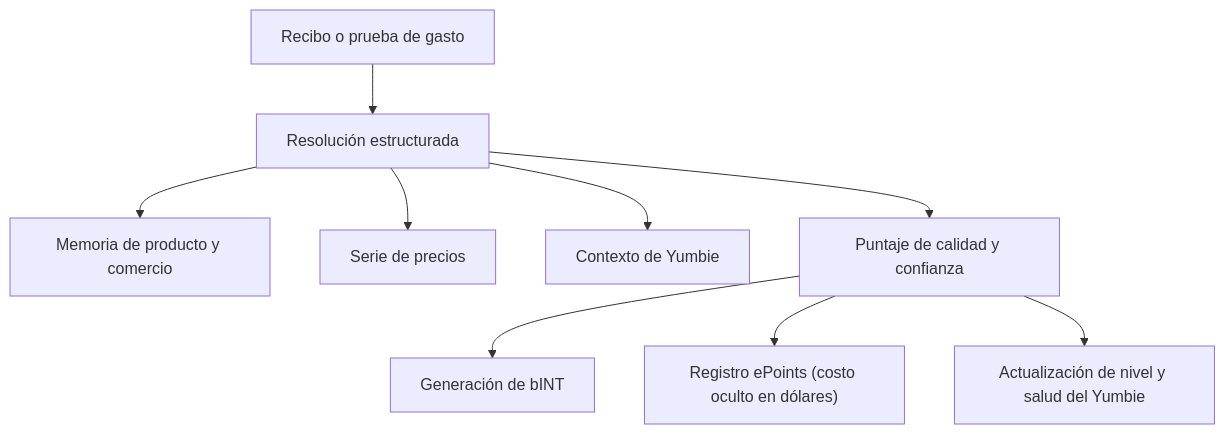
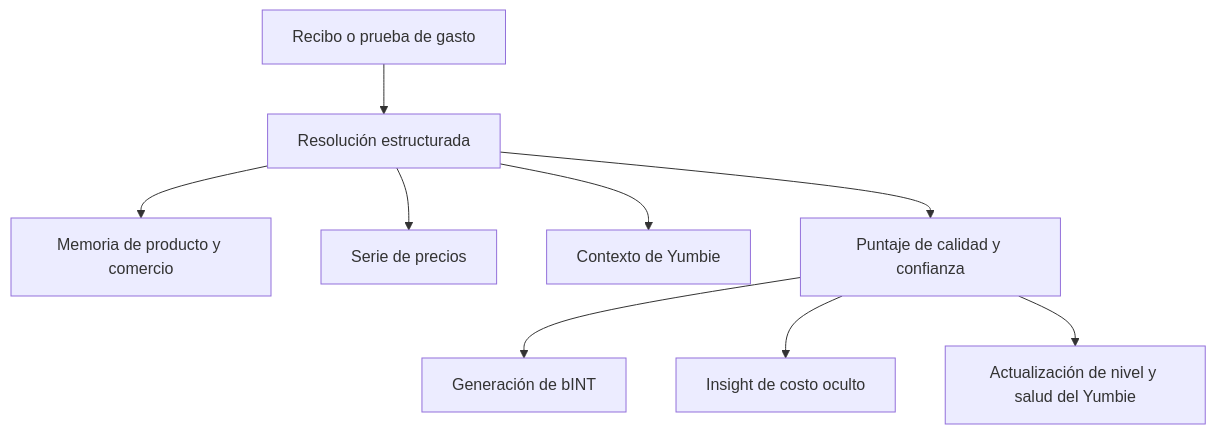
One commit to Yumo-Yumo-Inc/yumoyumohq changed the diagram in content/whitepaper/es/proof-of-expense-y-memoria-de-precios.md. Above: the diagram before and after it, drawn with Mermaid. The commit also changed other lines of this file and 1048 other files, not shown here.

````diff
--- a/content/whitepaper/es/proof-of-expense-y-memoria-de-precios.md
+++ b/content/whitepaper/es/proof-of-expense-y-memoria-de-precios.md
@@ -9,11 +9,11 @@
 ```mermaid
 flowchart TD
     A["Recibo o prueba de gasto"] --> B["Resolución estructurada"]
     B --> C["Memoria de producto y comercio"]
     B --> D["Serie de precios"]
     B --> E["Contexto de Yumbie"]
     B --> F["Puntaje de calidad y confianza"]
     F --> G["Generación de bINT"]
-    F --> H["Registro ePoints (costo oculto en dólares)"]
+    F --> H["Insight de costo oculto"]
     F --> I["Actualización de nivel y salud del Yumbie"]
 ```
````
